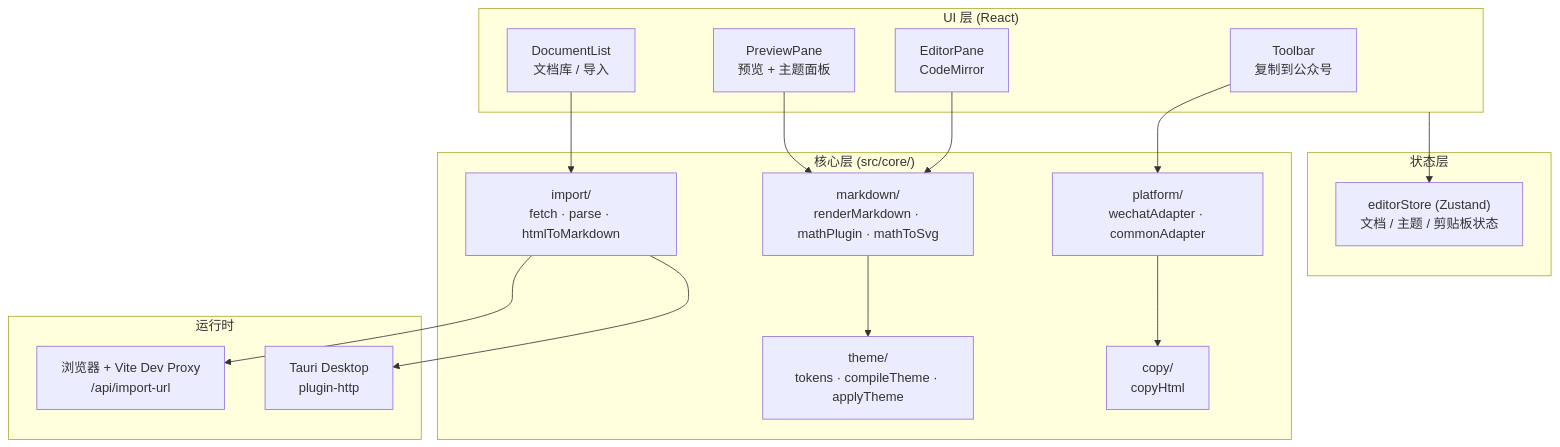
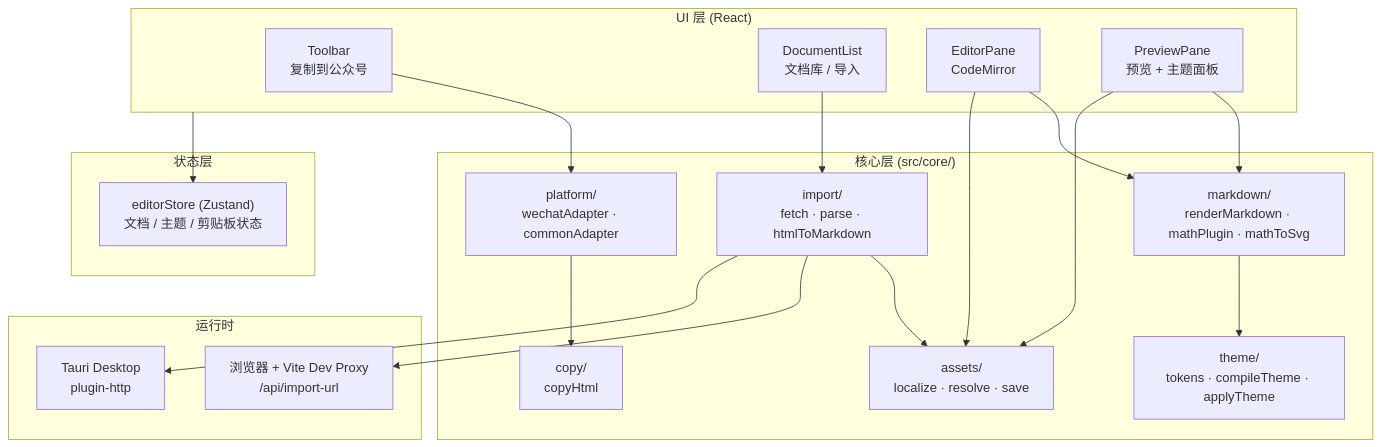
One commit to ingeniousfrog/Read2MD-Studio changed the diagram in README.md. Above: the diagram before and after it, drawn with Mermaid. The commit also changed other lines of this file and 1 other file, not shown here.

First line of the commit message:
Update README docs for image assets, layout, and current limits.

````diff
--- a/README.md
+++ b/README.md
@@ -53,34 +55,38 @@
 ```mermaid
 flowchart TB
   subgraph UI["UI 层 (React)"]
     TB[Toolbar<br/>复制到公众号]
     DL[DocumentList<br/>文档库 / 导入]
     EP[EditorPane<br/>CodeMirror]
     PP[PreviewPane<br/>预览 + 主题面板]
   end
 
   subgraph State["状态层"]
     ZS["editorStore (Zustand)<br/>文档 / 主题 / 剪贴板状态"]
   end
 
   subgraph Core["核心层 (src/core/)"]
     MD["markdown/<br/>renderMarkdown · mathPlugin · mathToSvg"]
     TH["theme/<br/>tokens · compileTheme · applyTheme"]
     PL["platform/<br/>wechatAdapter · commonAdapter"]
     CP["copy/<br/>copyHtml"]
     IM["import/<br/>fetch · parse · htmlToMarkdown"]
+    AS["assets/<br/>localize · resolve · save"]
   end
 
   subgraph Runtime["运行时"]
     WEB["浏览器 + Vite Dev Proxy<br/>/api/import-url"]
     TAU["Tauri Desktop<br/>plugin-http"]
   end
 
   UI --> ZS
   EP --> MD
   PP --> MD --> TH
   TB --> PL --> CP
   DL --> IM
+  IM --> AS
   IM --> WEB
   IM --> TAU
+  EP --> AS
+  PP --> AS
 ```
````
